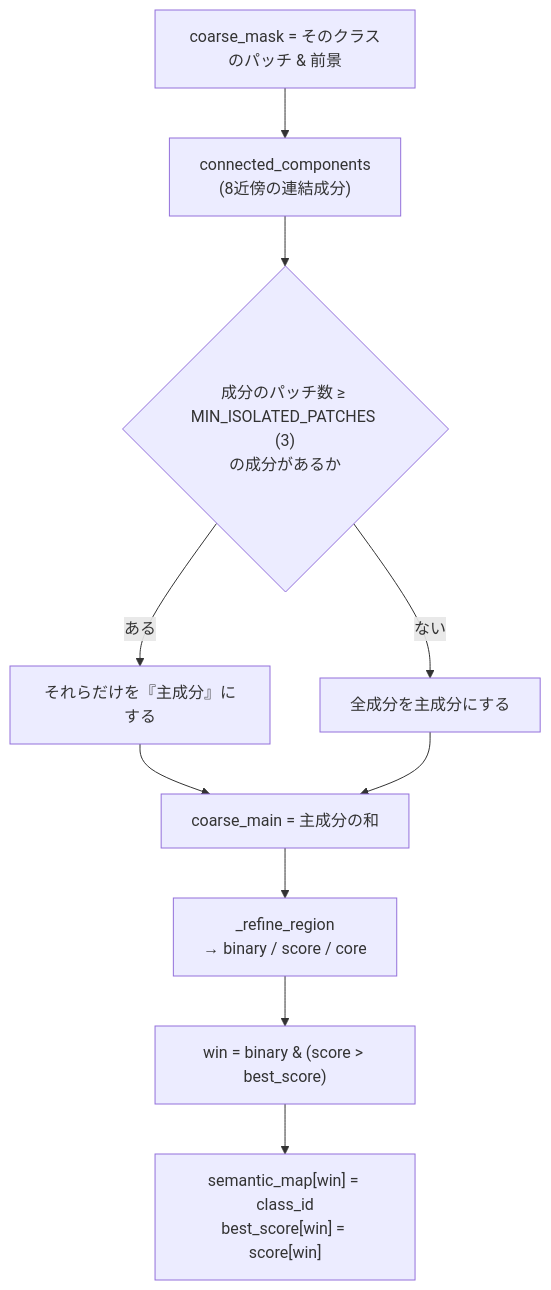
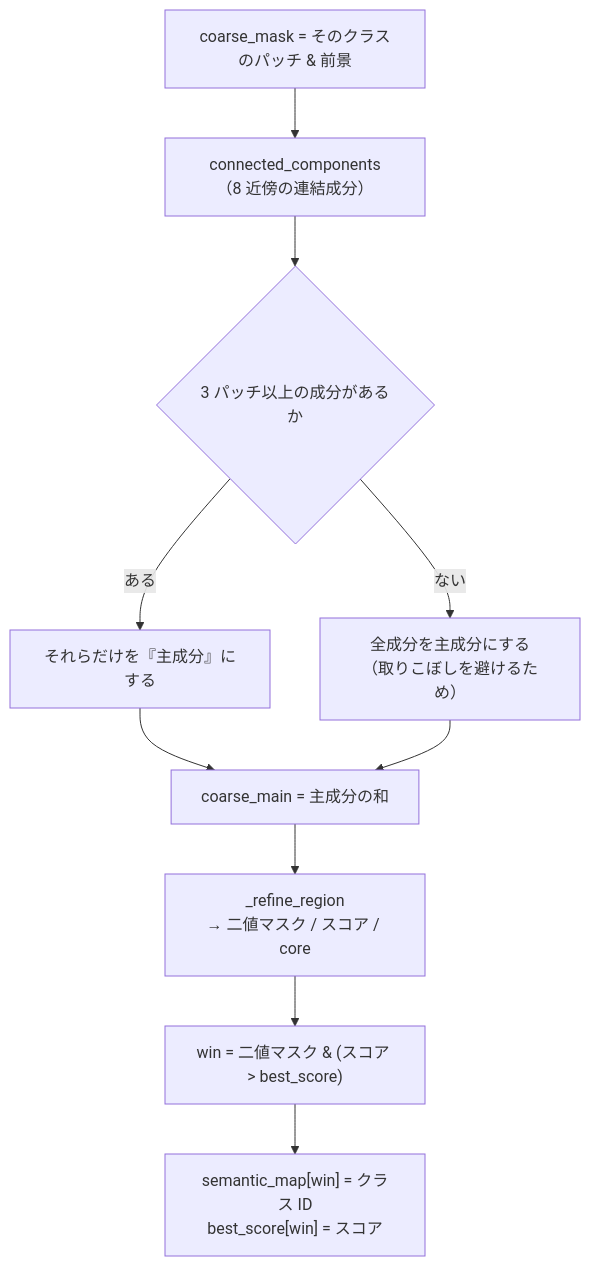
Before and after one commit to fklg-64/pe_anything_detect: the sixth of 15 diagrams in docs/semantic_refiner.md, drawn with Mermaid. The commit also changed other lines of this file and 2 other files, not shown here.

````diff
--- a/docs/semantic_refiner.md
+++ b/docs/semantic_refiner.md
@@ -199,12 +213,12 @@
 ```mermaid
 flowchart TD
-    A["coarse_mask = そのクラスのパッチ & 前景"] --> B["connected_components<br/>(8近傍の連結成分)"]
-    B --> C{"成分のパッチ数 ≥ MIN_ISOLATED_PATCHES (3)<br/>の成分があるか"}
+    A["coarse_mask = そのクラスのパッチ & 前景"] --> B["connected_components（8 近傍の連結成分）"]
+    B --> C{"3 パッチ以上の成分があるか"}
     C -->|ある| D["それらだけを『主成分』にする"]
-    C -->|ない| E["全成分を主成分にする"]
+    C -->|ない| E["全成分を主成分にする<br/>（取りこぼしを避けるため）"]
     D --> F["coarse_main = 主成分の和"]
     E --> F
-    F --> G["_refine_region<br/>→ binary / score / core"]
-    G --> H["win = binary & (score > best_score)"]
-    H --> I["semantic_map[win] = class_id<br/>best_score[win] = score[win]"]
+    F --> G["_refine_region<br/>→ 二値マスク / スコア / core"]
+    G --> H["win = 二値マスク & (スコア > best_score)"]
+    H --> I["semantic_map[win] = クラス ID<br/>best_score[win] = スコア"]
 ```
````
